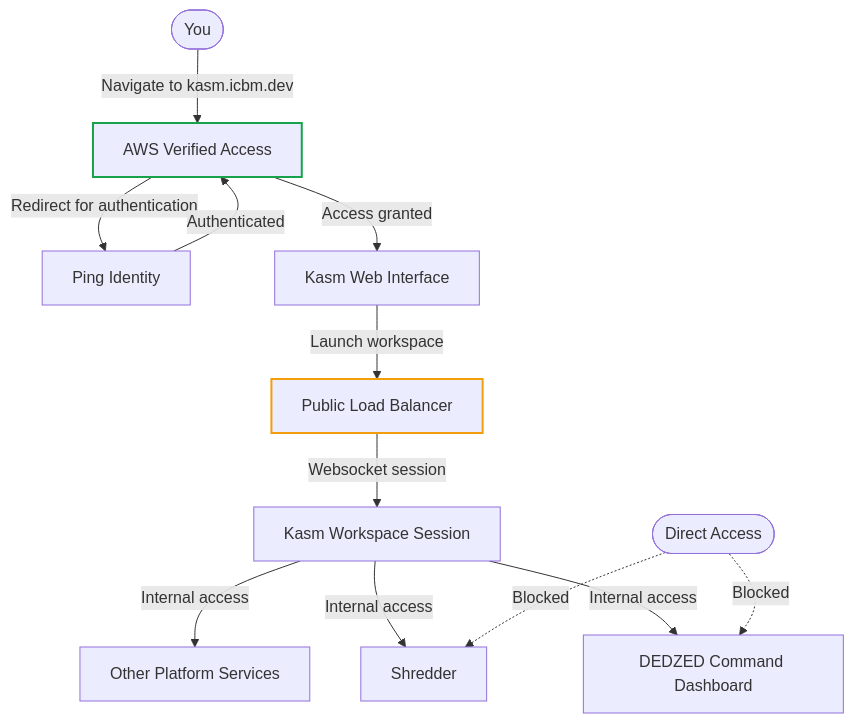
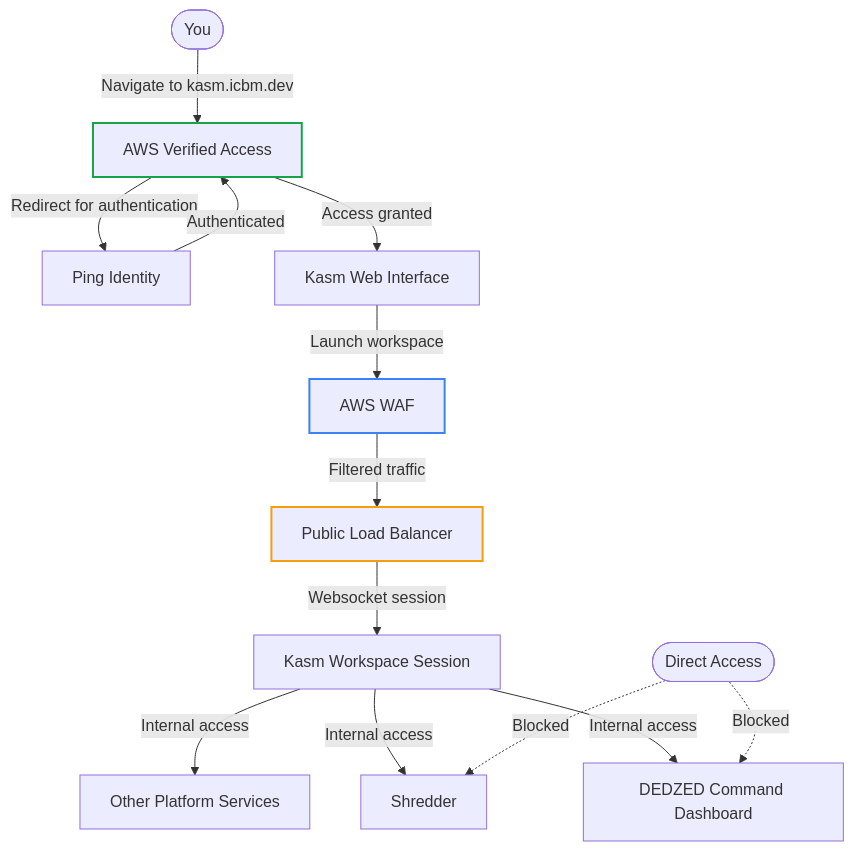
One commit to shebashio/docs changed the diagram in knowledge-base/zero-trust.mdx. Above: the diagram before and after it, drawn with Mermaid. The commit also changed other lines of this file, not shown here.

Commit message:
docs: add AWS WAF to zero trust architecture diagram
Place WAF in front of the public load balancer on the Kasm websocket
path to mitigate the split routing exposure with rate limiting, bot
protection, and managed rule sets.

````diff
--- a/knowledge-base/zero-trust.mdx
+++ b/knowledge-base/zero-trust.mdx
@@ -22,20 +22,22 @@
 ```mermaid
 flowchart TD
     User([You]) -->|Navigate to kasm.icbm.dev| VA[AWS Verified Access]
     VA -->|Redirect for authentication| Ping[Ping Identity]
     Ping -->|Authenticated| VA
     VA -->|Access granted| KasmUI[Kasm Web Interface]
 
-    KasmUI -->|Launch workspace| PLB[Public Load Balancer]
+    KasmUI -->|Launch workspace| WAF[AWS WAF]
+    WAF -->|Filtered traffic| PLB[Public Load Balancer]
     PLB -->|Websocket session| KasmWS[Kasm Workspace Session]
 
     KasmWS -->|Internal access| CD[DEDZED Command Dashboard]
     KasmWS -->|Internal access| Shredder[Shredder]
     KasmWS -->|Internal access| Other[Other Platform Services]
 
     Outside([Direct Access]) -.->|Blocked| CD
     Outside -.->|Blocked| Shredder
 
     style PLB stroke:#f59e0b,stroke-width:2px
     style VA stroke:#16a34a,stroke-width:2px
+    style WAF stroke:#3b82f6,stroke-width:2px
 ```
````
